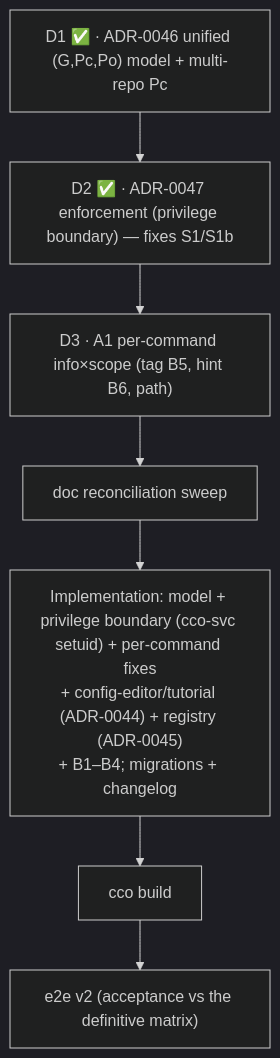
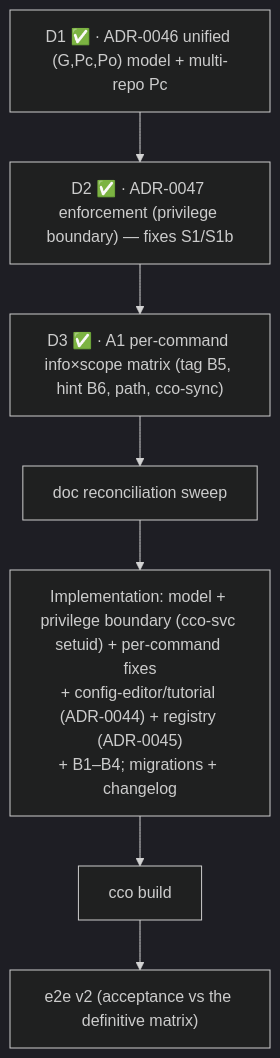
One commit to alergyonthestage/claude-orchestrator changed the diagram in docs/maintainers/configuration/agent-cco-access/e2e-review/pre-revalidation-backlog.md. Above: the diagram before and after it, drawn with Mermaid (dark theme). The commit also changed other lines of this file and 2 other files, not shown here.

First line of the commit message:
docs(access): record D3 done + decisions in backlog, roadmap, CLI-surface ⏳ rows

````diff
--- a/docs/maintainers/configuration/agent-cco-access/e2e-review/pre-revalidation-backlog.md
+++ b/docs/maintainers/configuration/agent-cco-access/e2e-review/pre-revalidation-backlog.md
@@ -186,9 +198,9 @@
 ```mermaid
 flowchart TD
   D1["D1 ✅ · ADR-0046 unified (G,Pc,Po) model + multi-repo Pc"] --> D2["D2 ✅ · ADR-0047 enforcement (privilege boundary) — fixes S1/S1b"]
-  D2 --> D3["D3 · A1 per-command info×scope (tag B5, hint B6, path)"]
+  D2 --> D3["D3 ✅ · A1 per-command info×scope matrix (tag B5, hint B6, path, cco-sync)"]
   D3 --> R["doc reconciliation sweep"]
   R --> I["Implementation: model + privilege boundary (cco-svc setuid) + per-command fixes\n+ config-editor/tutorial (ADR-0044) + registry (ADR-0045)\n+ B1–B4; migrations + changelog"]
   I --> BUILD["cco build"]
   BUILD --> E["e2e v2 (acceptance vs the definitive matrix)"]
 ```
````
